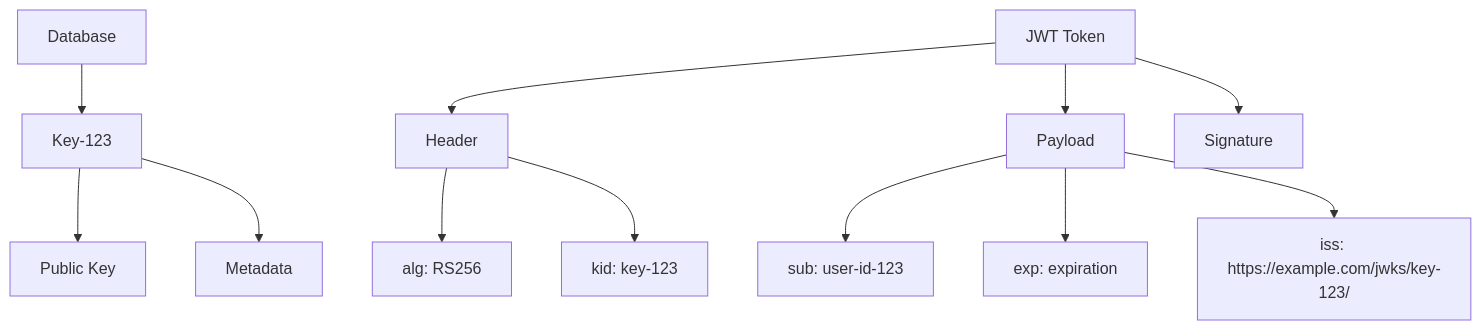
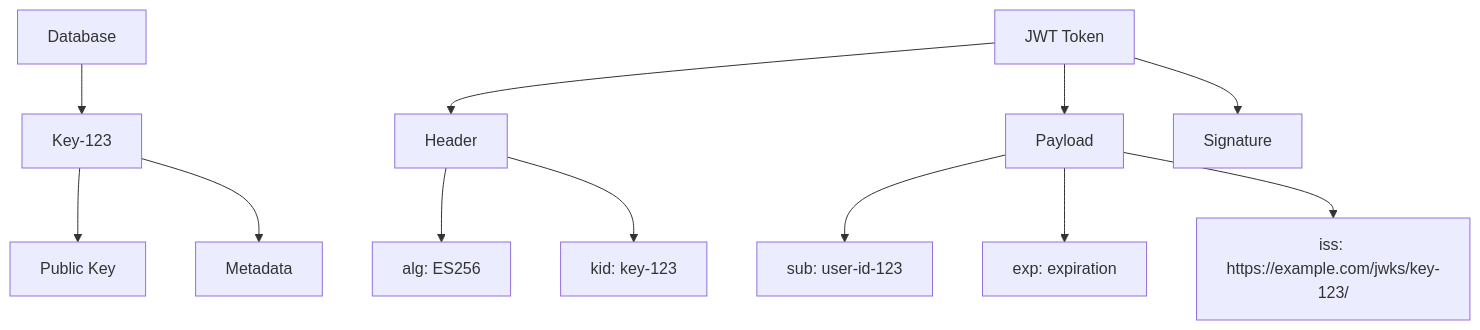
The third of 3 diagrams in README.md (susu-dot-dev/japikey_js), drawn with Mermaid before and after one commit. The commit also changed other lines of this file and 9 other files, not shown here.

````diff
--- a/README.md
+++ b/README.md
@@ -135,17 +135,17 @@
 ```mermaid
 graph TD
     A[Database] --> B[Key-123]
     B --> C[Public Key]
     B --> D[Metadata]
 
     F[JWT Token] --> G[Header]
     F --> H[Payload]
     F --> I[Signature]
 
-    G --> J[alg: RS256]
+    G --> J[alg: ES256]
     G --> K[kid: key-123]
 
     H --> L[sub: user-id-123]
     H --> M[exp: expiration]
     H --> N[iss: https://example.com/jwks/key-123/]
 ```
````
